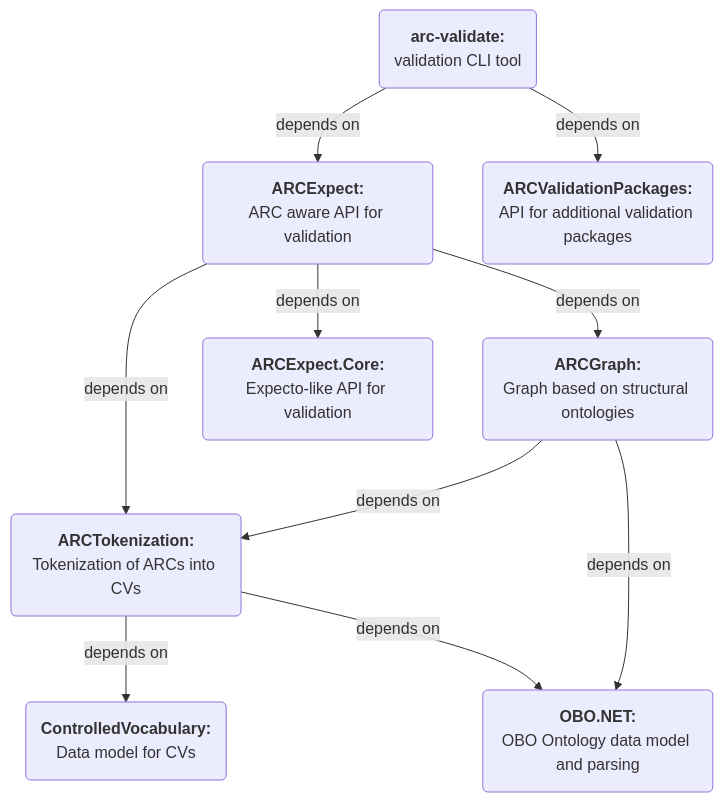
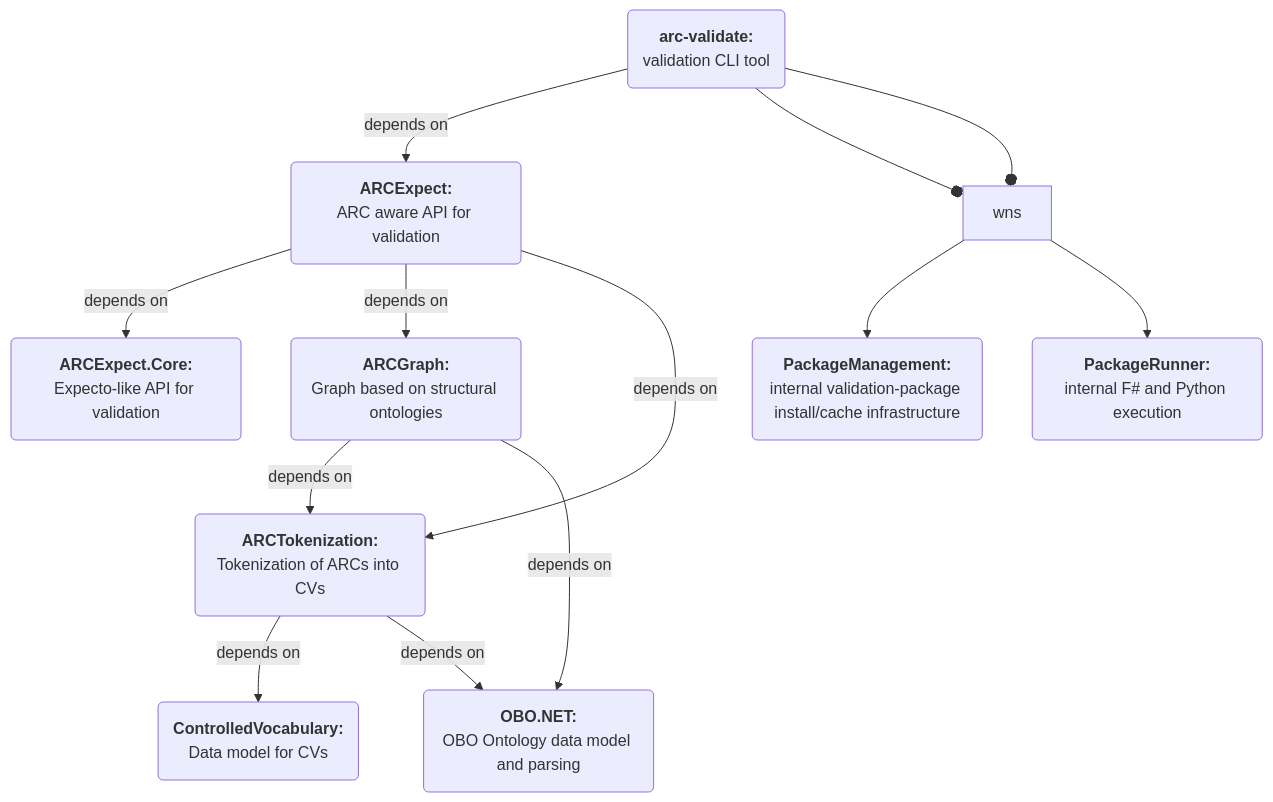
One commit to nfdi4plants/arc-validate changed the diagram in README.md. Above: the diagram before and after it, drawn with Mermaid. The commit also changed other lines of this file and 62 other files, not shown here.

Commit message:
Absorb validation package management into CLI

````diff
--- a/README.md
+++ b/README.md
@@ -32,22 +31,24 @@
 ```mermaid
 flowchart TD
 
 ControlledVocabulary("<b>ControlledVocabulary:</b><br>Data model for CVs")
 ARCTokenization("<b>ARCTokenization:</b><br>Tokenization of ARCs into CVs")
 OBO.NET("<b>OBO.NET:</b><br>OBO Ontology data model and parsing")
 ARCGraph("<b>ARCGraph:</b><br>Graph based on structural ontologies")
 ARCExpect("<b>ARCExpect:</b><br>ARC aware API for validation")
 ARCExpect.Core("<b>ARCExpect.Core:</b><br>Expecto-like API for validation")
-ARCValidationPackages("<b>ARCValidationPackages:</b><br>API for additional validation packages")
+PackageManagement("<b>PackageManagement:</b><br>internal validation-package install/cache infrastructure")
+PackageRunner("<b>PackageRunner:</b><br>internal F# and Python execution")
 arc-validate("<b>arc-validate:</b><br>validation CLI tool")
 
 arc-validate --depends on--> ARCExpect
-arc-validate --depends on--> ARCValidationPackages
+arc-validate --owns--> PackageManagement
+arc-validate --owns--> PackageRunner
 ARCTokenization --depends on--> ControlledVocabulary
 ARCTokenization --depends on--> OBO.NET
 ARCExpect --depends on--> ARCExpect.Core
 ARCExpect --depends on--> ARCGraph
 ARCExpect --depends on--> ARCTokenization
 ARCGraph --depends on--> ARCTokenization
 ARCGraph --depends on--> OBO.NET
 ```
````
